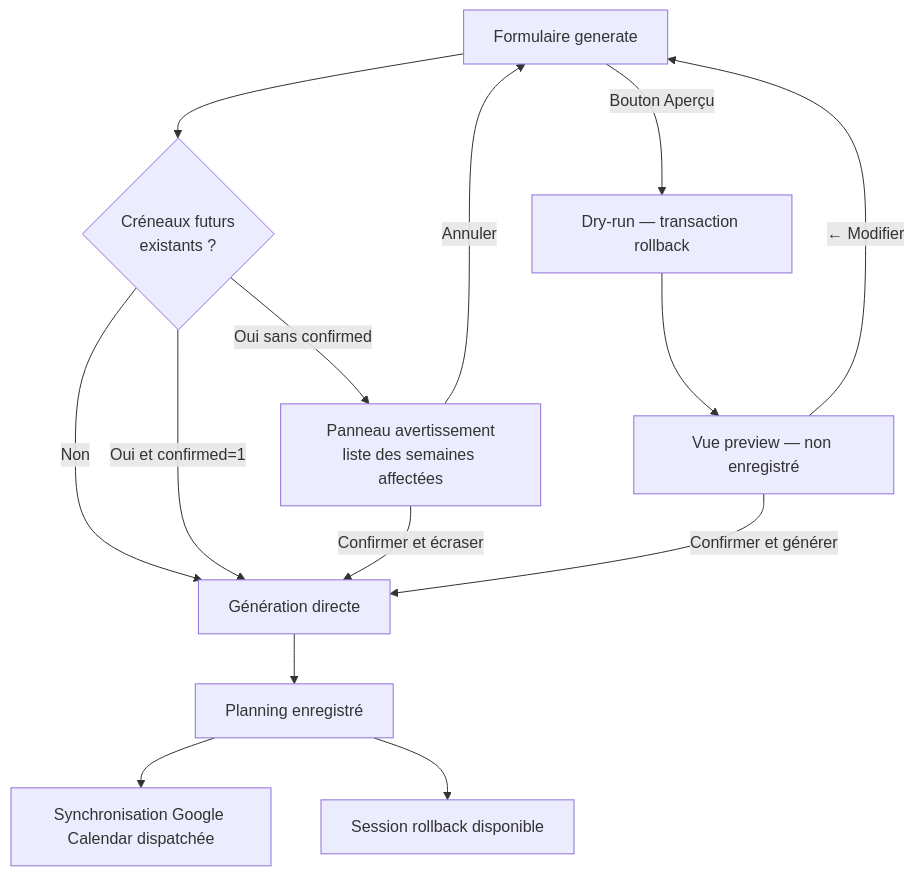
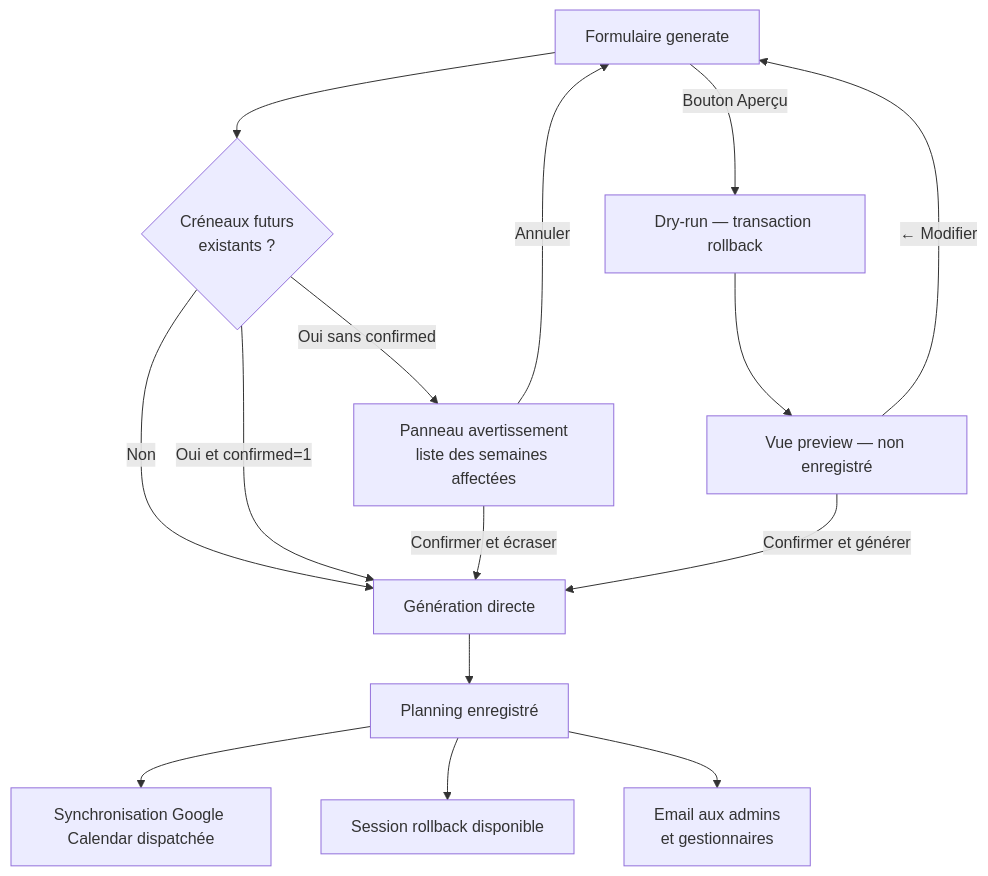
One commit to Djallel93/amana_web_planning changed the fifth of 14 diagrams in README.md. Above: the diagram before and after it, drawn with Mermaid. The commit also changed other lines of this file and 40 other files, not shown here.

````diff
--- a/README.md
+++ b/README.md
@@ -291,16 +296,17 @@
 ```mermaid
 flowchart TD
     A[Formulaire generate] --> B{Créneaux futurs\nexistants ?}
     B -->|Non| D[Génération directe]
     B -->|Oui et confirmed=1| D
     B -->|Oui sans confirmed| C[Panneau avertissement\nliste des semaines affectées]
     C -->|Confirmer et écraser| D
     C -->|Annuler| A
     A -->|Bouton Aperçu| E[Dry-run — transaction rollback]
     E --> F[Vue preview — non enregistré]
     F -->|Confirmer et générer| D
     F -->|← Modifier| A
     D --> G[Planning enregistré]
     G --> H[Synchronisation Google Calendar dispatchée]
     G --> I[Session rollback disponible]
+    G --> J[Email aux admins\net gestionnaires]
 ```
````
